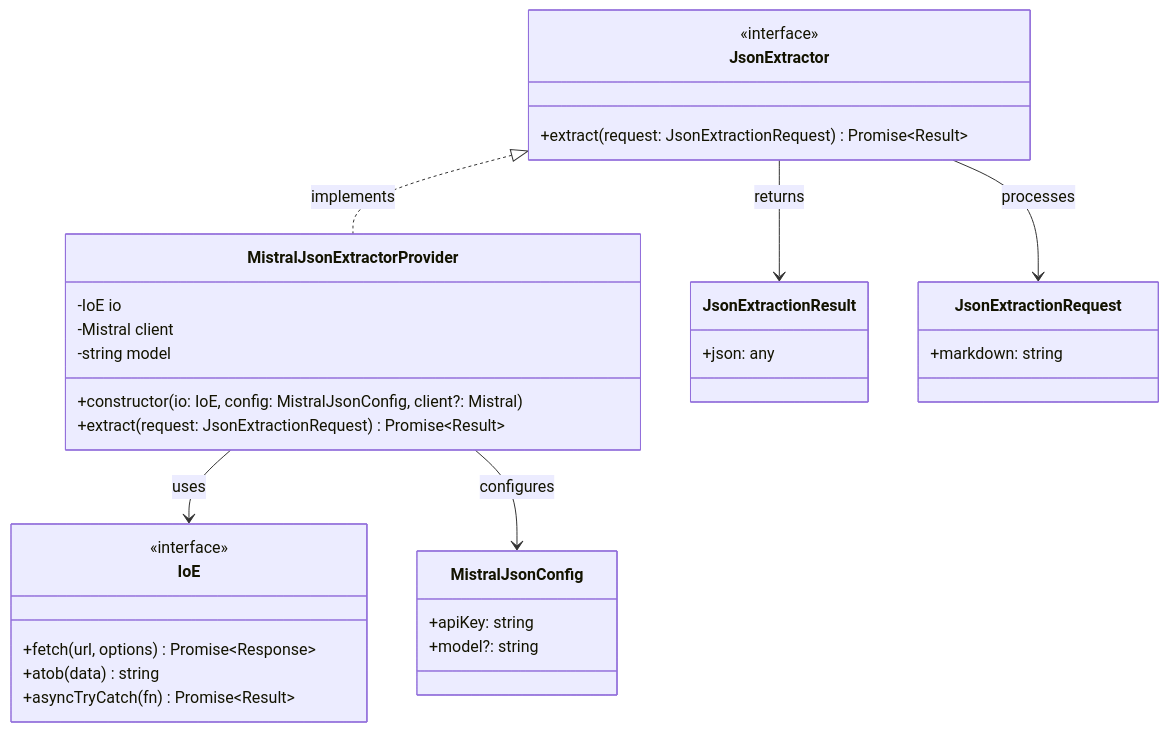
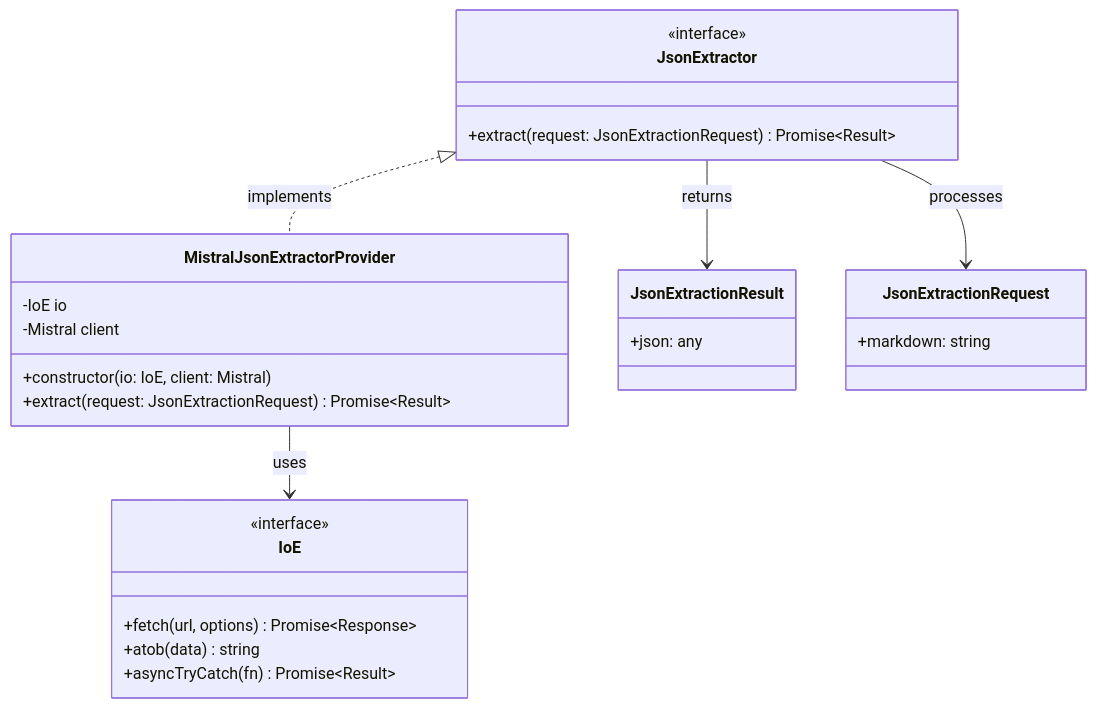
The first of 2 diagrams in docs/json-extraction.md (o2alexanderfedin/OCRChecksServer-demo), drawn with Mermaid before and after one commit. The commit also changed other lines of this file, not shown here.

Commit message:
docs: simplify MistralJsonExtractorProvider to use pre-initialized client

````diff
--- a/docs/json-extraction.md
+++ b/docs/json-extraction.md
@@ -69,41 +66,34 @@
 ```mermaid
 classDiagram
     class JsonExtractor {
         <<interface>>
         +extract(request: JsonExtractionRequest) Promise~Result<JsonExtractionResult, Error>~
     }
 
     class MistralJsonExtractorProvider {
         -IoE io
         -Mistral client
-        -string model
-        +constructor(io: IoE, config: MistralJsonConfig, client?: Mistral)
+        +constructor(io: IoE, client: Mistral)
         +extract(request: JsonExtractionRequest) Promise~Result<JsonExtractionResult, Error>~
     }
 
     class JsonExtractionResult {
         +json: any
     }
 
     class JsonExtractionRequest {
         +markdown: string
-    }
-
-    class MistralJsonConfig {
-        +apiKey: string
-        +model?: string
     }
 
     class IoE {
         <<interface>>
         +fetch(url, options) Promise~Response~
         +atob(data) string
         +asyncTryCatch(fn) Promise~Result~
     }
 
     JsonExtractor <|.. MistralJsonExtractorProvider : implements
     MistralJsonExtractorProvider --> IoE : uses
     JsonExtractor --> JsonExtractionResult : returns
     JsonExtractor --> JsonExtractionRequest : processes
-    MistralJsonExtractorProvider --> MistralJsonConfig : configures
 ```
````
